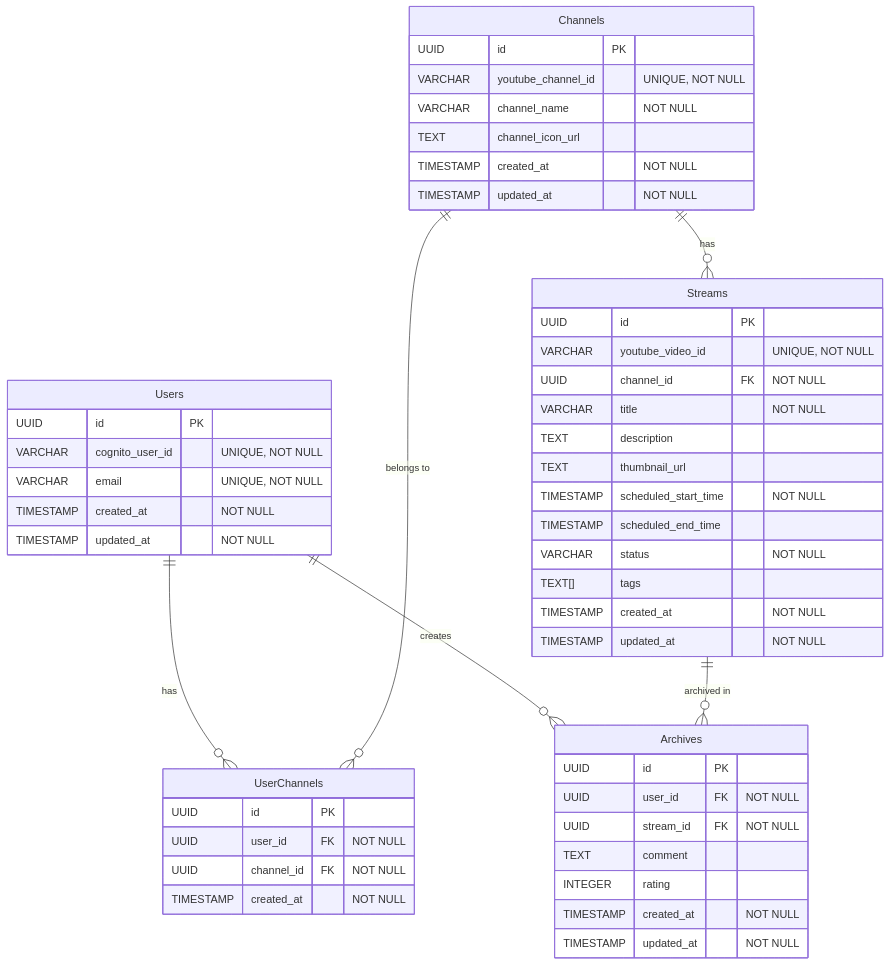
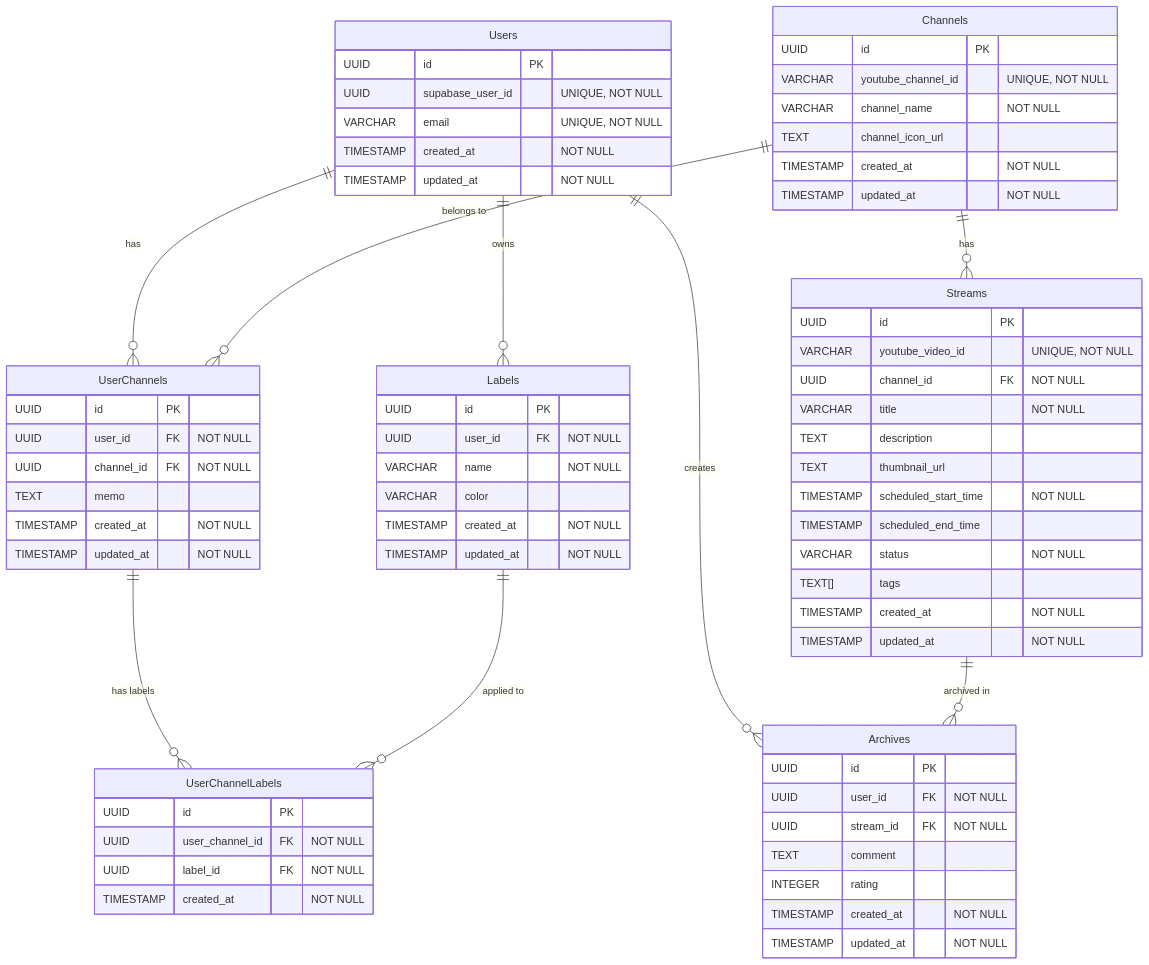
One commit to so-ota-biz/portfolio-draft-v1 changed the second of 2 diagrams in docs/requirements.md. Above: the diagram before and after it, drawn with Mermaid. The commit also changed other lines of this file, not shown here.

````diff
--- a/docs/requirements.md
+++ b/docs/requirements.md
@@ -423,58 +509,79 @@
 ```mermaid
 erDiagram
     Users ||--o{ UserChannels : "has"
     Channels ||--o{ UserChannels : "belongs to"
     Channels ||--o{ Streams : "has"
     Users ||--o{ Archives : "creates"
     Streams ||--o{ Archives : "archived in"
+    Users ||--o{ Labels : "owns"
+    UserChannels ||--o{ UserChannelLabels : "has labels"
+    Labels ||--o{ UserChannelLabels : "applied to"
 
     Users {
         UUID id PK
-        VARCHAR cognito_user_id "UNIQUE, NOT NULL"
+        UUID supabase_user_id "UNIQUE, NOT NULL"
         VARCHAR email "UNIQUE, NOT NULL"
         TIMESTAMP created_at "NOT NULL"
         TIMESTAMP updated_at "NOT NULL"
     }
 
     Channels {
         UUID id PK
         VARCHAR youtube_channel_id "UNIQUE, NOT NULL"
         VARCHAR channel_name "NOT NULL"
         TEXT channel_icon_url
         TIMESTAMP created_at "NOT NULL"
         TIMESTAMP updated_at "NOT NULL"
     }
 
     UserChannels {
         UUID id PK
         UUID user_id FK "NOT NULL"
         UUID channel_id FK "NOT NULL"
+        TEXT memo
         TIMESTAMP created_at "NOT NULL"
+        TIMESTAMP updated_at "NOT NULL"
     }
 
     Streams {
         UUID id PK
         VARCHAR youtube_video_id "UNIQUE, NOT NULL"
         UUID channel_id FK "NOT NULL"
         VARCHAR title "NOT NULL"
         TEXT description
         TEXT thumbnail_url
         TIMESTAMP scheduled_start_time "NOT NULL"
         TIMESTAMP scheduled_end_time
         VARCHAR status "NOT NULL"
         TEXT[] tags
         TIMESTAMP created_at "NOT NULL"
         TIMESTAMP updated_at "NOT NULL"
     }
 
     Archives {
         UUID id PK
         UUID user_id FK "NOT NULL"
         UUID stream_id FK "NOT NULL"
         TEXT comment
         INTEGER rating
         TIMESTAMP created_at "NOT NULL"
         TIMESTAMP updated_at "NOT NULL"
     }
+
+    Labels {
+        UUID id PK
+        UUID user_id FK "NOT NULL"
+        VARCHAR name "NOT NULL"
+        VARCHAR color
+        TIMESTAMP created_at "NOT NULL"
+        TIMESTAMP updated_at "NOT NULL"
+    }
+
+    UserChannelLabels {
+        UUID id PK
+        UUID user_channel_id FK "NOT NULL"
+        UUID label_id FK "NOT NULL"
+        TIMESTAMP created_at "NOT NULL"
+    }
     
 ```
````
